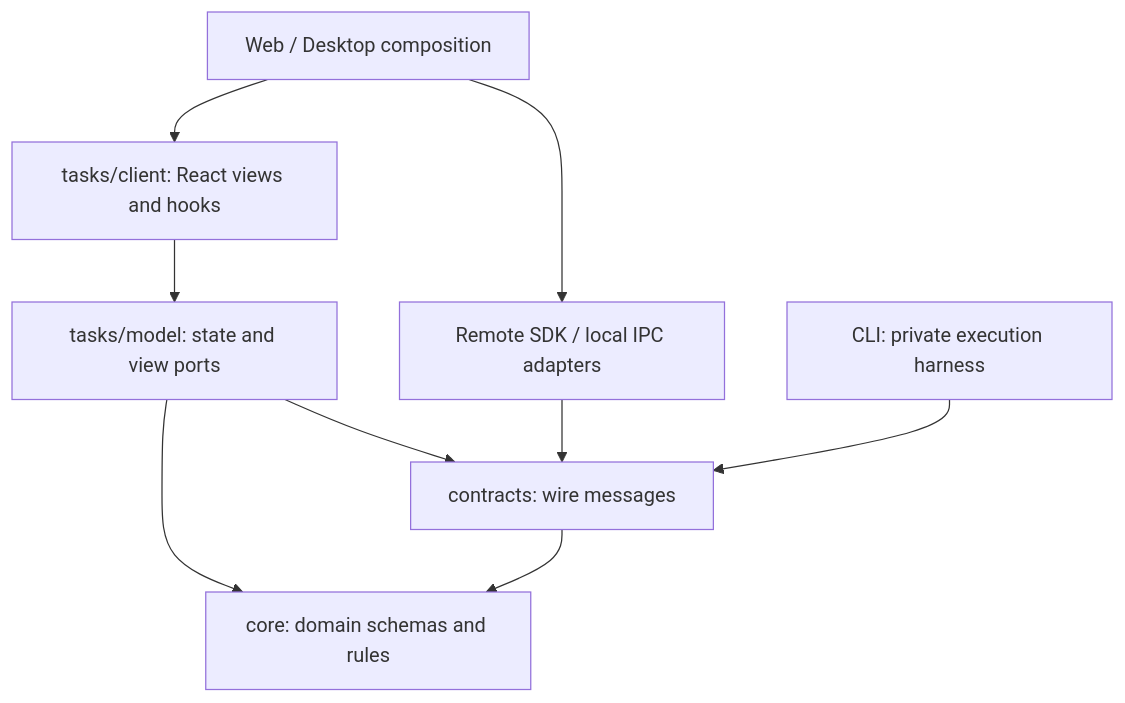
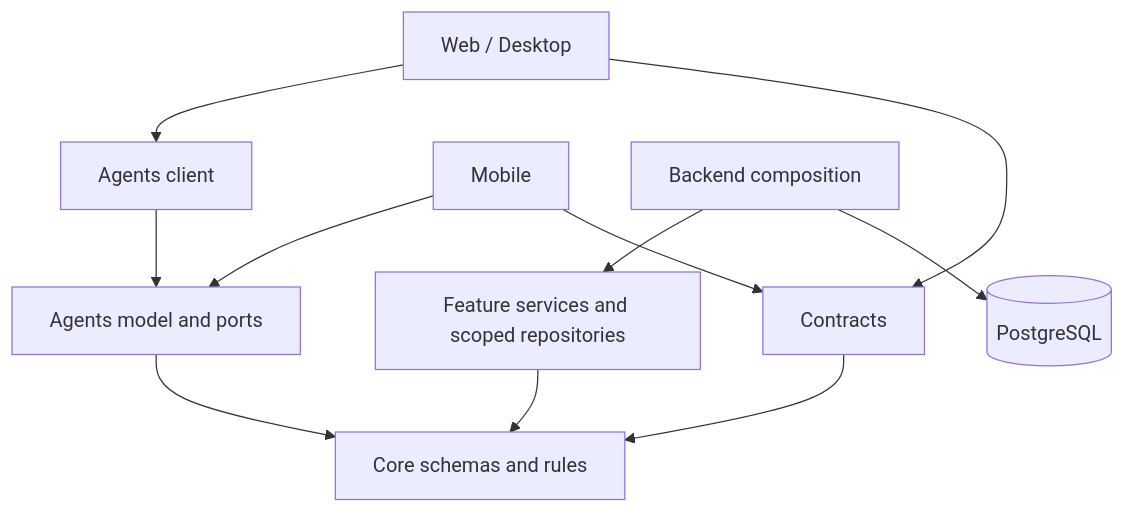
One commit to raypx/raypx changed the diagram in docs/development/workspaces.md. Above: the diagram before and after it, drawn with Mermaid. The commit also changed other lines of this file and 47 other files, not shown here.

````diff
--- a/docs/development/workspaces.md
+++ b/docs/development/workspaces.md
@@ -135,11 +137,13 @@
 ```mermaid
 flowchart TD
-  Apps[Web / Desktop composition] --> Views[tasks/client: React views and hooks]
-  Apps --> Adapters[Remote SDK / local IPC adapters]
-  Views --> Model[tasks/model: state and view ports]
-  Model --> Contracts[contracts: wire messages]
-  Model --> Core[core: domain schemas and rules]
-  Adapters --> Contracts
-  CLI[CLI: private execution harness] --> Contracts
+  Apps[Web / Desktop] --> Views[Agents client]
+  Mobile[Mobile] --> Model[Agents model and ports]
+  Views --> Model
+  Apps --> Contracts[Contracts]
+  Mobile --> Contracts
+  API[Backend composition] --> Server[Feature services and scoped repositories]
+  Server --> Core[Core schemas and rules]
+  Model --> Core
   Contracts --> Core
+  API --> PG[(PostgreSQL)]
 ```
````
